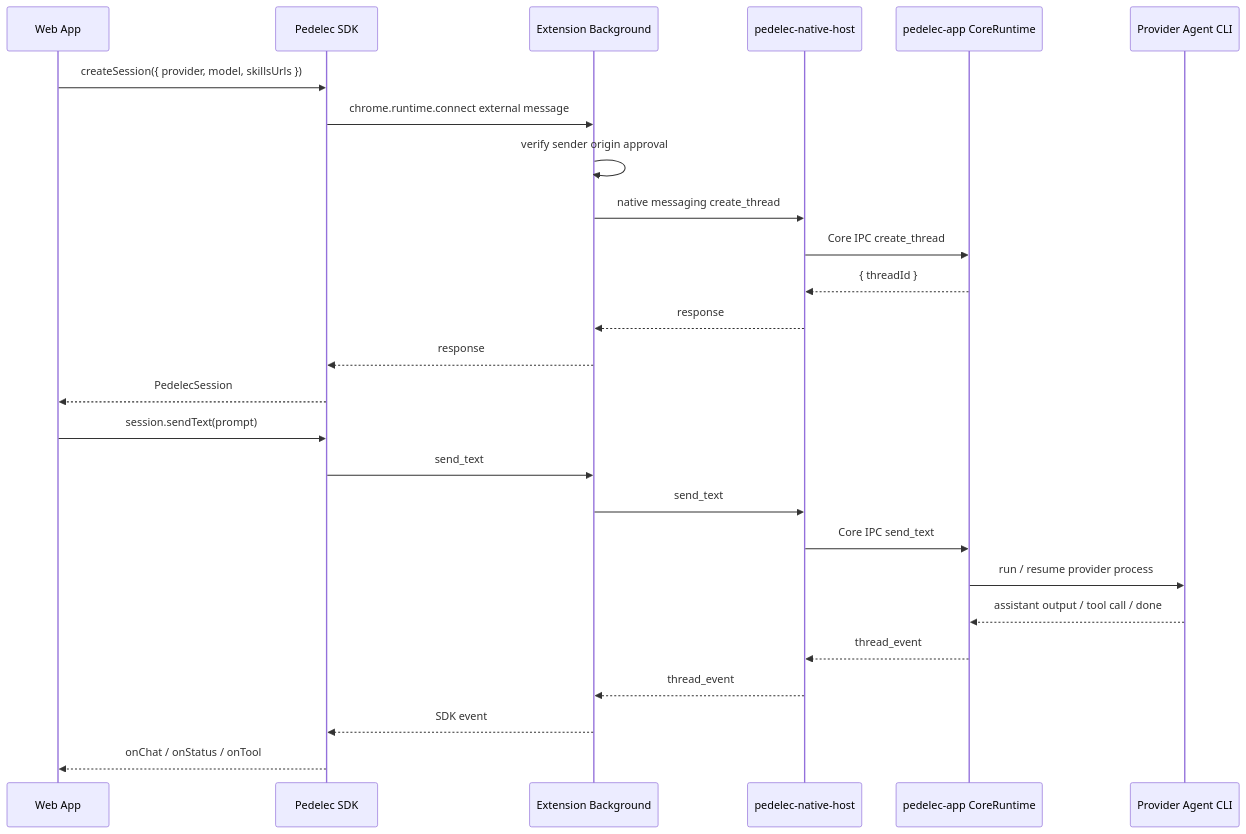
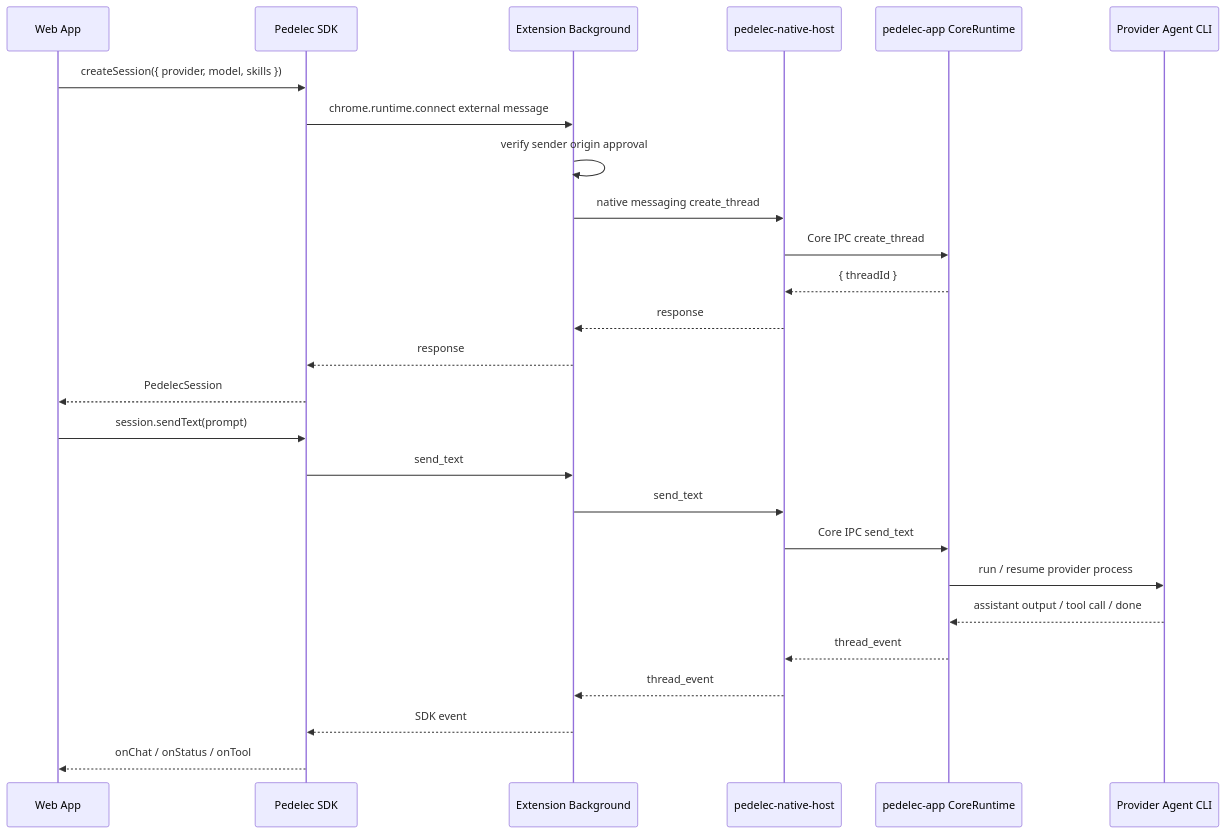
The diagram in README.md (kaoruisaac/pedelec), drawn with Mermaid before and after one commit. The commit also changed other lines of this file and 20 other files, not shown here.

Commit message:
[feat]: migrate SDK tools to skills manifest

````diff
--- a/README.md
+++ b/README.md
@@ -396,30 +415,30 @@
 ```mermaid
 sequenceDiagram
   participant App as Web App
   participant SDK as Pedelec SDK
   participant BG as Extension Background
   participant NH as pedelec-native-host
   participant Desktop as pedelec-app CoreRuntime
   participant Agent as Provider Agent CLI
 
-  App->>SDK: createSession({ provider, model, skillsUrls })
+  App->>SDK: createSession({ provider, model, skills })
   SDK->>BG: chrome.runtime.connect external message
   BG->>BG: verify sender origin approval
   BG->>NH: native messaging create_thread
   NH->>Desktop: Core IPC create_thread
   Desktop-->>NH: { threadId }
   NH-->>BG: response
   BG-->>SDK: response
   SDK-->>App: PedelecSession
 
   App->>SDK: session.sendText(prompt)
   SDK->>BG: send_text
   BG->>NH: send_text
   NH->>Desktop: Core IPC send_text
   Desktop->>Agent: run / resume provider process
   Agent-->>Desktop: assistant output / tool call / done
   Desktop-->>NH: thread_event
   NH-->>BG: thread_event
   BG-->>SDK: SDK event
   SDK-->>App: onChat / onStatus / onTool
 ```
````
